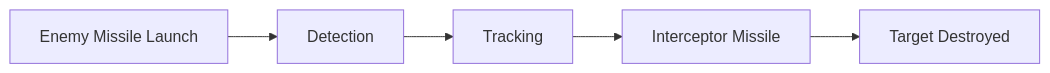
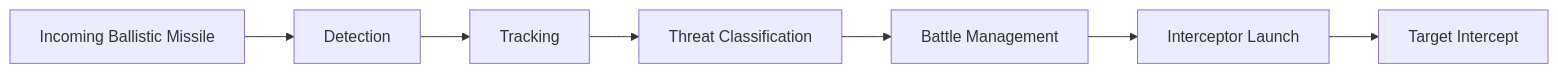
Before and after one commit to abhijitxroy/india: the first of 8 diagrams in 05-security/01-defence/strategic/ballistic-missile-defence.md, drawn with Mermaid. The commit also changed other lines of this file and 12 other files, not shown here.

````diff
--- a/05-security/01-defence/strategic/ballistic-missile-defence.md
+++ b/05-security/01-defence/strategic/ballistic-missile-defence.md
@@ -47,13 +42,17 @@
 ```mermaid
 flowchart LR
-    Launch[Enemy Missile Launch]
+    Threat[Incoming Ballistic Missile]
     Detection[Detection]
     Tracking[Tracking]
-    Intercept[Interceptor Missile]
-    Destroy[Target Destroyed]
+    Classification[Threat Classification]
+    Command[Battle Management]
+    Interceptor[Interceptor Launch]
+    Kill[Target Intercept]
 
-    Launch --> Detection
+    Threat --> Detection
     Detection --> Tracking
-    Tracking --> Intercept
-    Intercept --> Destroy
+    Tracking --> Classification
+    Classification --> Command
+    Command --> Interceptor
+    Interceptor --> Kill
 ```
````
